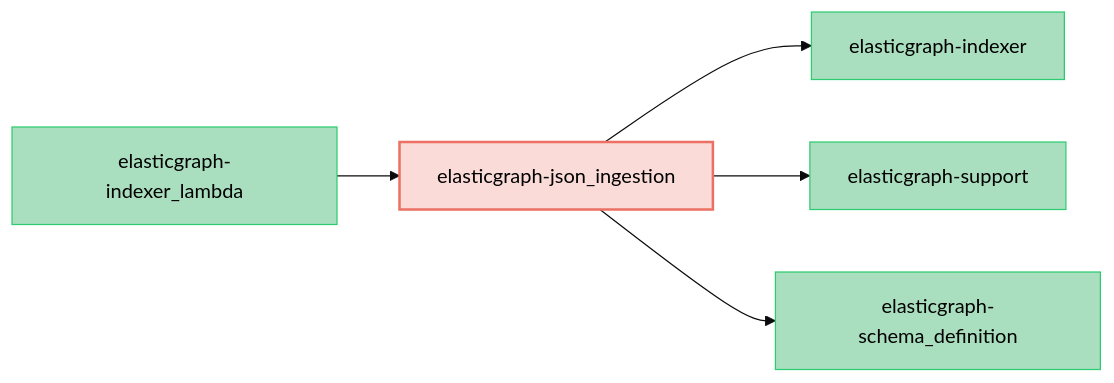
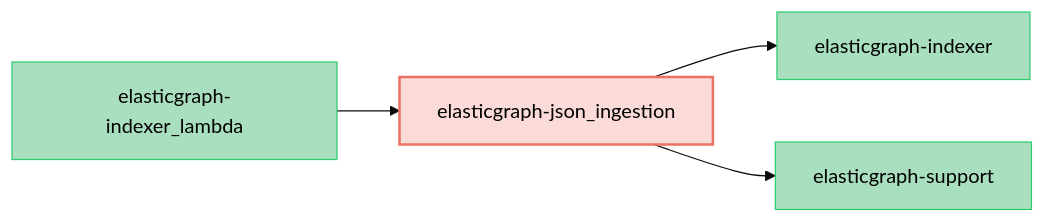
Before and after one commit to block/elasticgraph: the diagram in elasticgraph-json_ingestion/README.md, drawn with Mermaid (base theme). The commit also changed 5 other files, not shown here.

First line of the commit message:
Remove hard json_ingestion -> schema_definition dependency.

````diff
--- a/elasticgraph-json_ingestion/README.md
+++ b/elasticgraph-json_ingestion/README.md
@@ -162,20 +162,17 @@
 ```mermaid
 graph LR;
     classDef targetGemStyle fill:#FADBD8,stroke:#EC7063,color:#000,stroke-width:2px;
     classDef otherEgGemStyle fill:#A9DFBF,stroke:#2ECC71,color:#000;
     classDef externalGemStyle fill:#E0EFFF,stroke:#70A1D7,color:#2980B9;
     elasticgraph-json_ingestion["elasticgraph-json_ingestion"];
     class elasticgraph-json_ingestion targetGemStyle;
     elasticgraph-indexer["elasticgraph-indexer"];
     elasticgraph-json_ingestion --> elasticgraph-indexer;
     class elasticgraph-indexer otherEgGemStyle;
     elasticgraph-support["elasticgraph-support"];
     elasticgraph-json_ingestion --> elasticgraph-support;
     class elasticgraph-support otherEgGemStyle;
-    elasticgraph-schema_definition["elasticgraph-schema_definition"];
-    elasticgraph-json_ingestion --> elasticgraph-schema_definition;
-    class elasticgraph-schema_definition otherEgGemStyle;
     elasticgraph-indexer_lambda["elasticgraph-indexer_lambda"];
     elasticgraph-indexer_lambda --> elasticgraph-json_ingestion;
     class elasticgraph-indexer_lambda otherEgGemStyle;
 ```
````
